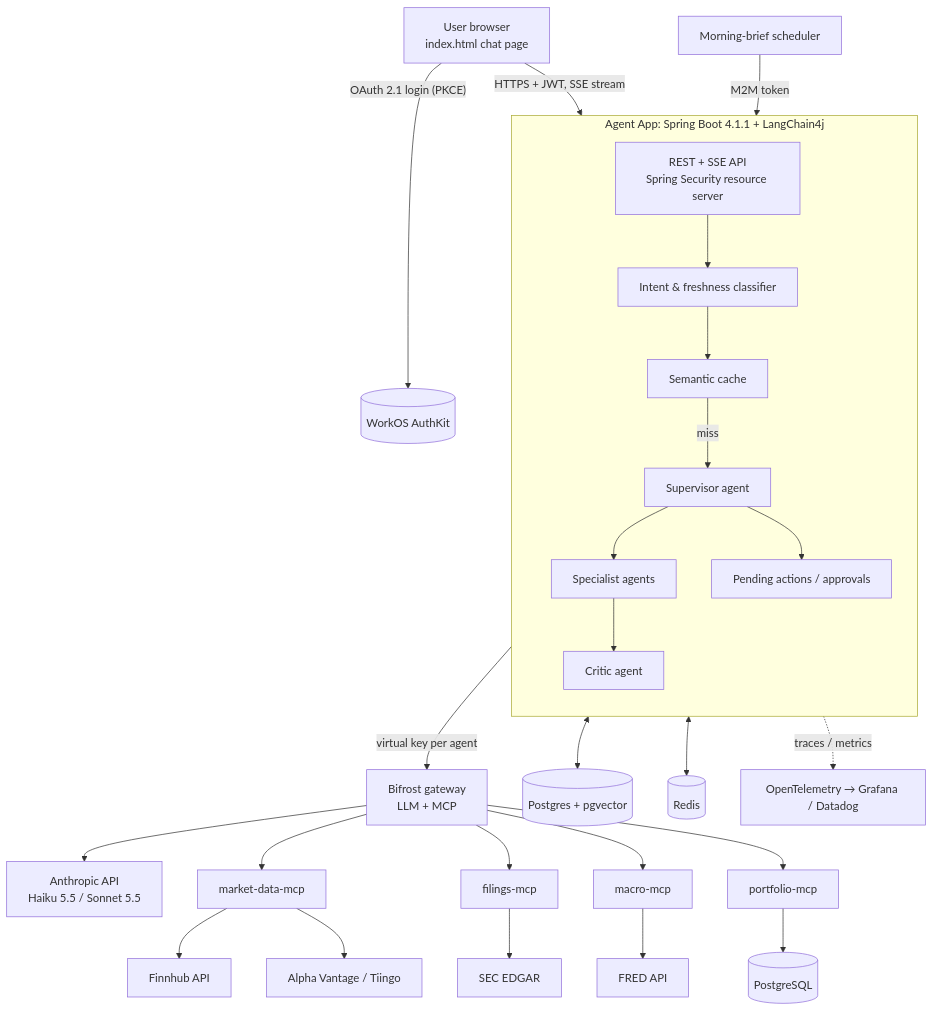
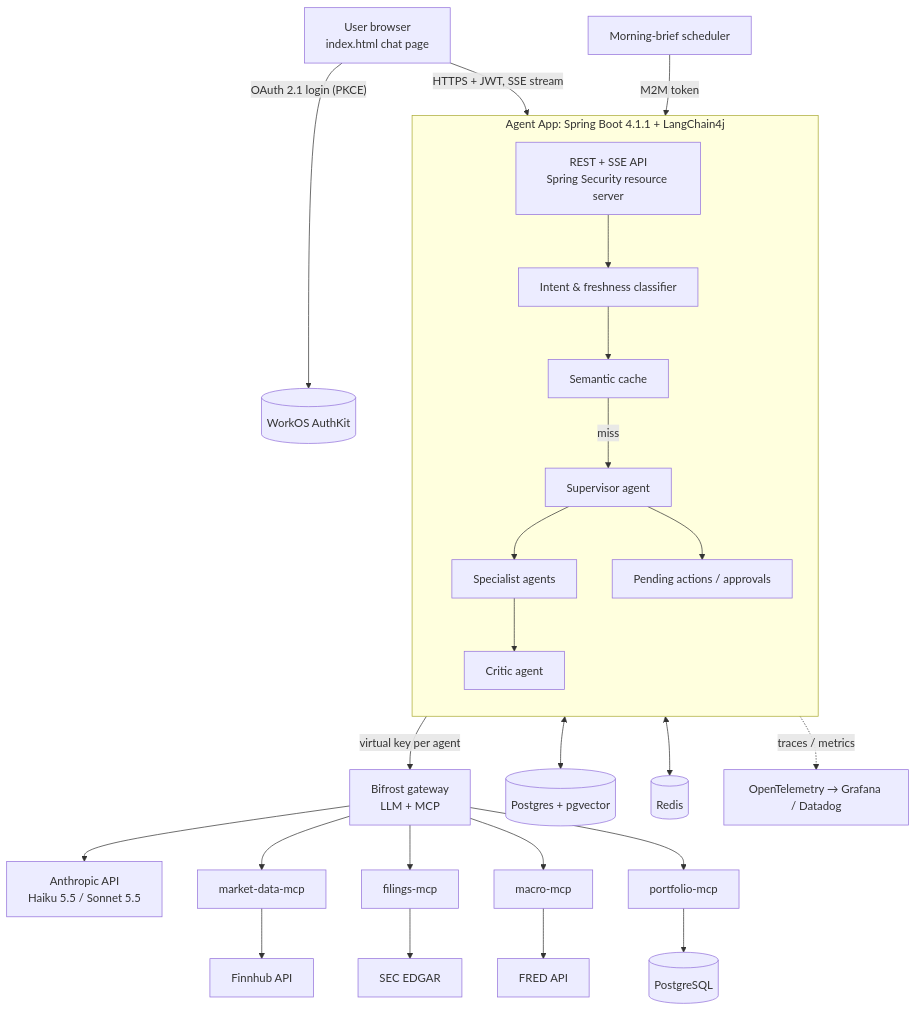
Before and after one commit to sri-chalam/stock-research-agent: the first of 4 diagrams in docs/requirements/stock-research-agent-spec.md, drawn with Mermaid. The commit also changed other lines of this file and 5 other files, not shown here.

````diff
--- a/docs/requirements/stock-research-agent-spec.md
+++ b/docs/requirements/stock-research-agent-spec.md
@@ -108,37 +108,36 @@
 ```mermaid
 flowchart TB
     U[User browser<br/>index.html chat page] -- "OAuth 2.1 login (PKCE)" --> WOS[(WorkOS AuthKit)]
     U -- "HTTPS + JWT, SSE stream" --> APP
 
     subgraph APP[Agent App: Spring Boot 4.1.1 + LangChain4j]
       direction TB
       API[REST + SSE API<br/>Spring Security resource server]
       CLS[Intent & freshness classifier]
       SC[Semantic cache]
       SUP[Supervisor agent]
       SPEC[Specialist agents]
       CRIT[Critic agent]
       HITL[Pending actions / approvals]
       API --> CLS --> SC
       SC -- miss --> SUP --> SPEC --> CRIT
       SUP --> HITL
     end
 
     APP -- "virtual key per agent" --> BF[Bifrost gateway<br/>LLM + MCP]
     BF --> CLAUDE[Anthropic API<br/>Haiku 5.5 / Sonnet 5.5]
     BF --> MD[market-data-mcp]
     BF --> FL[filings-mcp]
     BF --> MC[macro-mcp]
     BF --> PF[portfolio-mcp]
 
     MD --> FH[Finnhub API]
-    MD --> AV[Alpha Vantage / Tiingo]
     FL --> SEC[SEC EDGAR]
     MC --> FRED[FRED API]
     PF --> PG[(PostgreSQL)]
 
     APP <--> PGV[(Postgres + pgvector)]
     APP <--> RD[(Redis)]
     JOB[Morning-brief scheduler] -- "M2M token" --> APP
     APP -. traces / metrics .-> OBS[OpenTelemetry → Grafana / Datadog]
 ```
````
